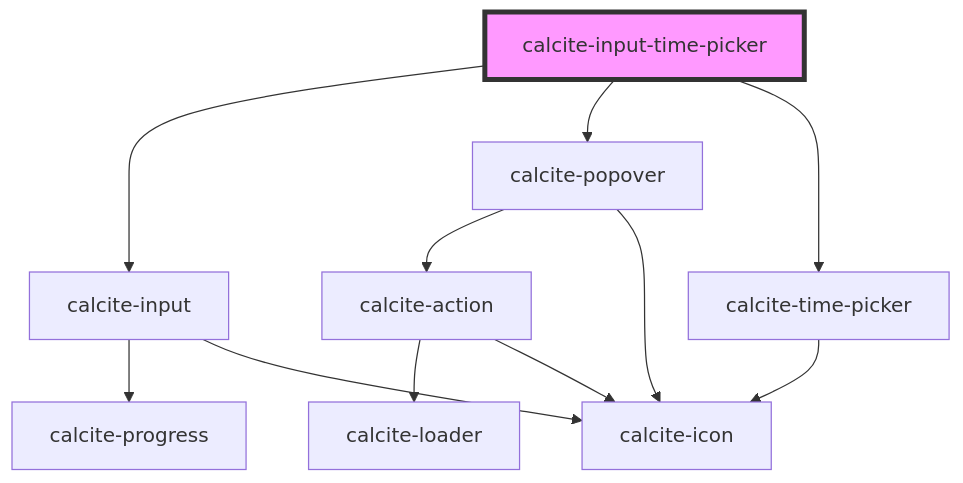
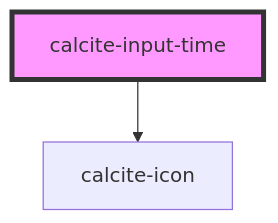
Before and after one commit to Esri/calcite-design-system: the diagram in src/components/input-time/readme.md, drawn with Mermaid. The commit also changed other lines of this file and 4 other files, not shown here.

````diff
--- a/src/components/input-time/readme.md
+++ b/src/components/input-time/readme.md
@@ -78,14 +47,5 @@
 ```mermaid
 graph TD;
-  calcite-input-time-picker --> calcite-input
-  calcite-input-time-picker --> calcite-popover
-  calcite-input-time-picker --> calcite-time-picker
-  calcite-input --> calcite-progress
-  calcite-input --> calcite-icon
-  calcite-popover --> calcite-action
-  calcite-popover --> calcite-icon
-  calcite-action --> calcite-loader
-  calcite-action --> calcite-icon
-  calcite-time-picker --> calcite-icon
-  style calcite-input-time-picker fill:#f9f,stroke:#333,stroke-width:4px
+  calcite-input-time --> calcite-icon
+  style calcite-input-time fill:#f9f,stroke:#333,stroke-width:4px
 ```
````
